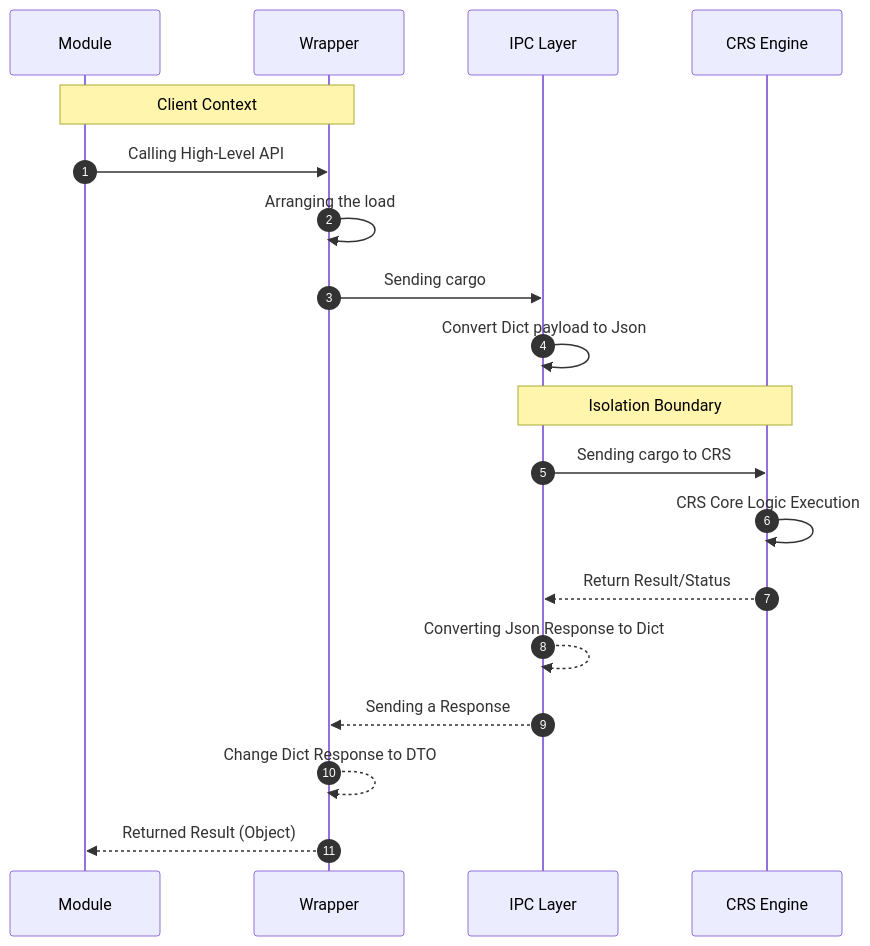
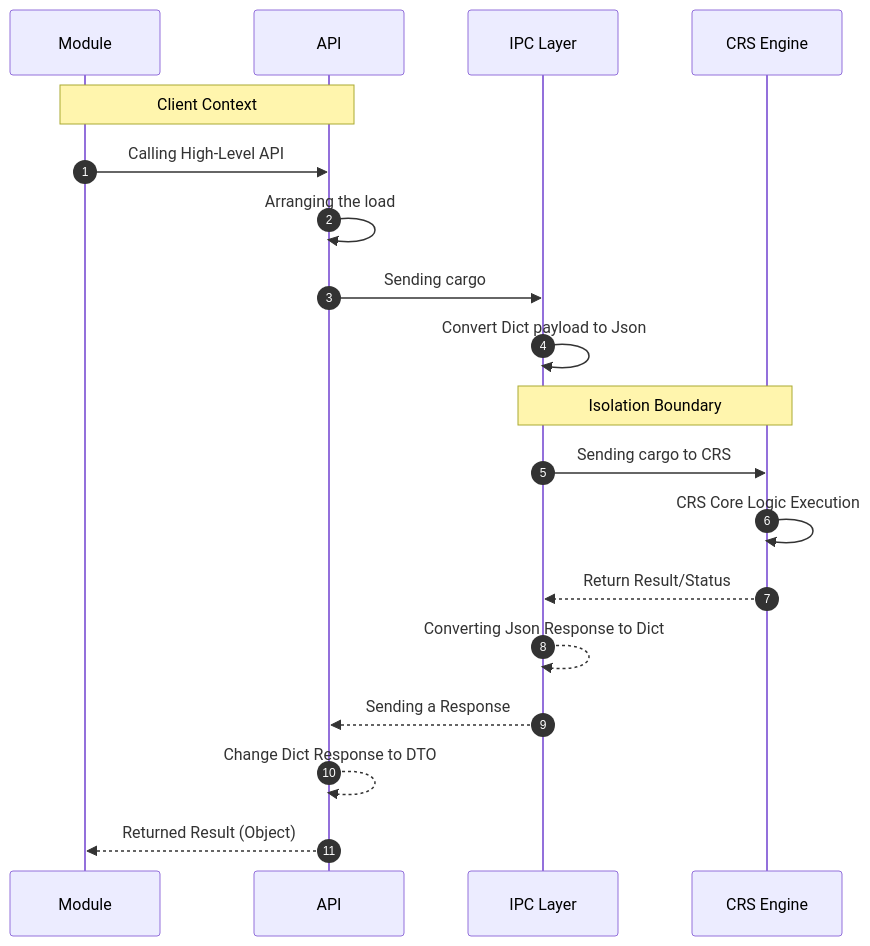
One commit to StormWorld0/storm-framework changed the diagram in docs/storm-framework.wiki/CRS-ENGINE.md. Above: the diagram before and after it, drawn with Mermaid. The commit also changed other lines of this file, not shown here.

````diff
--- a/docs/storm-framework.wiki/CRS-ENGINE.md
+++ b/docs/storm-framework.wiki/CRS-ENGINE.md
@@ -36,24 +36,24 @@
 ```mermaid
 sequenceDiagram
     autonumber
     participant M as Module
-    participant W as Wrapper
+    participant W as API
     participant I as IPC Layer
     participant C as CRS Engine
 
     Note over M,W: Client Context
     M->>W: Calling High-Level API
     W->>W: Arranging the load
     W->>I: Sending cargo
     I->>I: Convert Dict payload to Json
     
     Note over I,C: Isolation Boundary
     I->>C: Sending cargo to CRS
     C->>C: CRS Core Logic Execution
     
     C-->>I: Return Result/Status
     I-->>I: Converting Json Response to Dict
     I-->>W: Sending a Response
     W-->>W: Change Dict Response to DTO
     W-->>M: Returned Result (Object)
 ```
````
